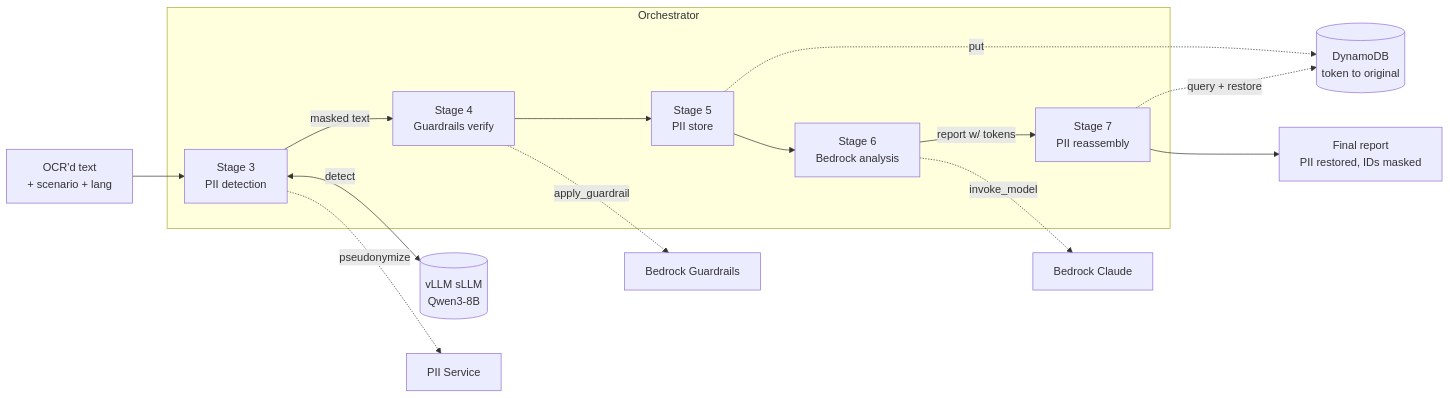
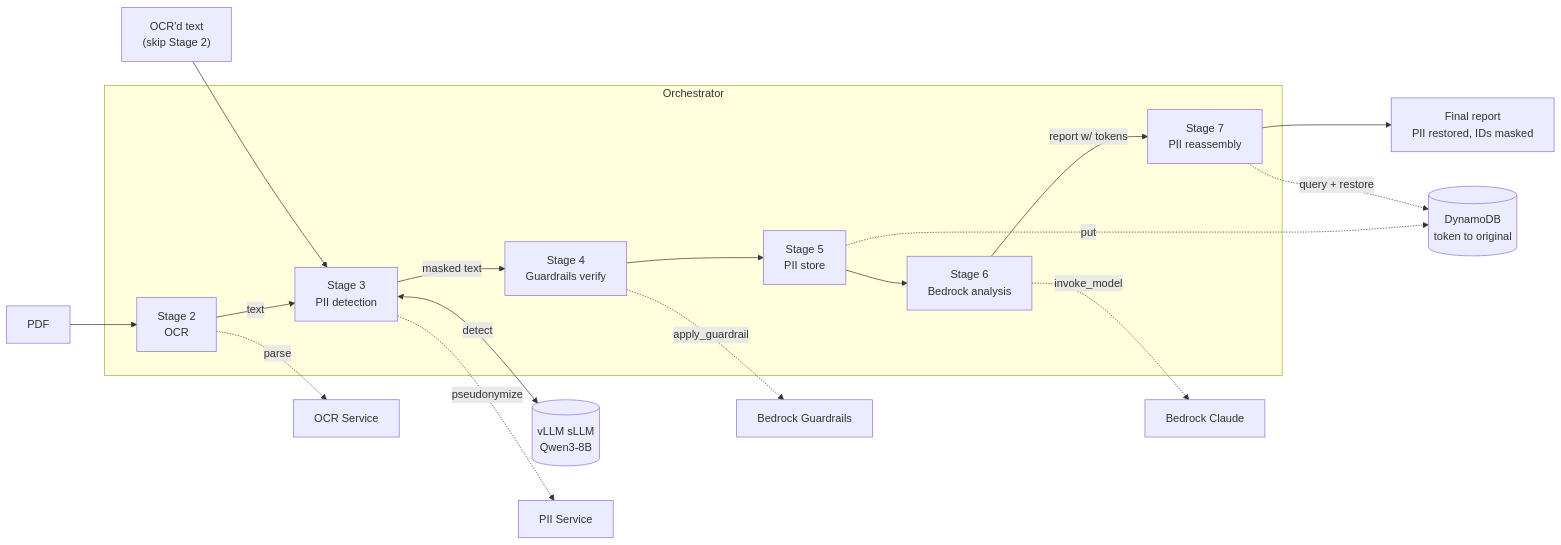
One commit to aws-samples/sample-privacy-preserving-document-ai-bedrock changed the diagram in docs/architecture.md. Above: the diagram before and after it, drawn with Mermaid. The commit also changed other lines of this file and 2 other files, not shown here.

First line of the commit message:
Update README/architecture docs for Stage 2 (OCR) and the ECS/k8s deploy paths

````diff
--- a/docs/architecture.md
+++ b/docs/architecture.md
@@ -11,21 +11,25 @@
 ```mermaid
 flowchart LR
-    IN[OCR'd text<br/>+ scenario + lang] --> S3
+    IN[PDF] --> S2
 
     subgraph Orchestrator
+      S2[Stage 2<br/>OCR]
       S3[Stage 3<br/>PII detection]
       S4[Stage 4<br/>Guardrails verify]
       S5[Stage 5<br/>PII store]
       S6[Stage 6<br/>Bedrock analysis]
       S7[Stage 7<br/>PII reassembly]
     end
 
+    S2 -->|text| S3
+    IN2["OCR'd text<br/>(skip Stage 2)"] --> S3
     S3 -->|masked text| S4 --> S5 --> S6 -->|report w/ tokens| S7 --> OUT[Final report<br/>PII restored, IDs masked]
 
+    S2 -.parse.-> OCR[OCR Service]
     S3 <-->|detect| SLLM[(vLLM sLLM<br/>Qwen3-8B)]
     S3 -.pseudonymize.-> PII[PII Service]
     S4 -.apply_guardrail.-> GR[Bedrock Guardrails]
     S5 -.put.-> DDB[(DynamoDB<br/>token to original)]
     S6 -.invoke_model.-> BR[Bedrock Claude]
     S7 -.query + restore.-> DDB
 ```
````
